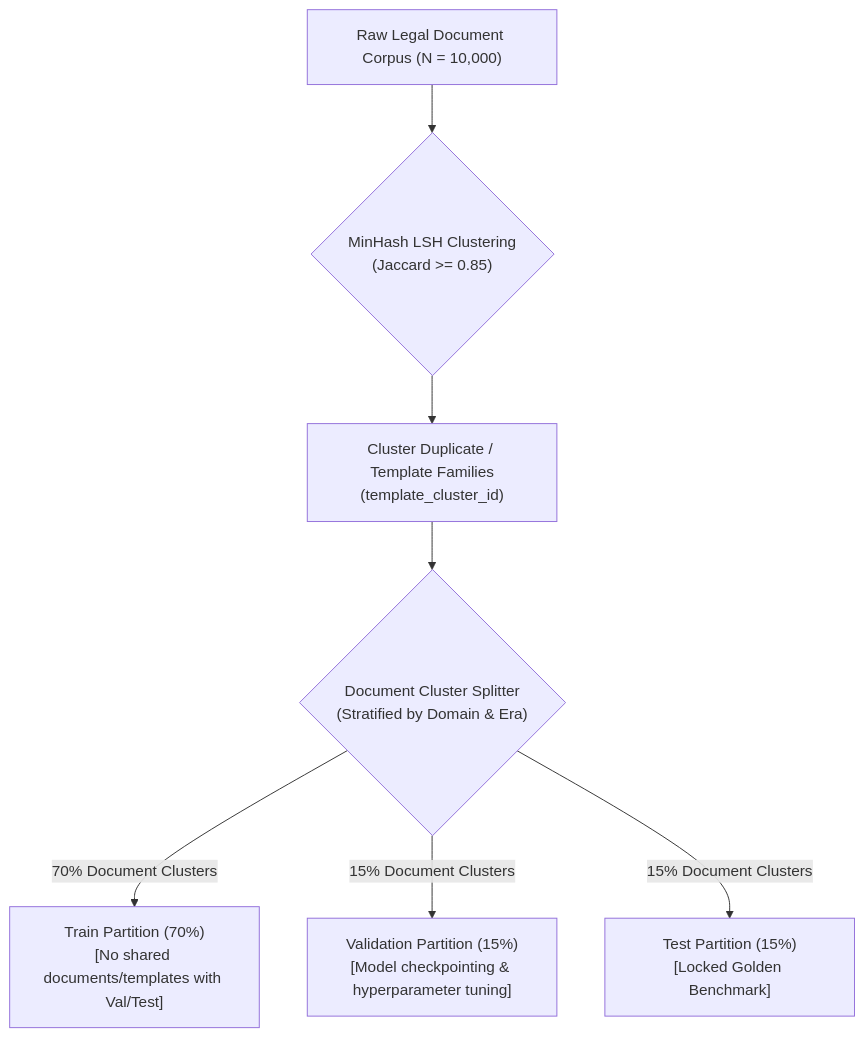
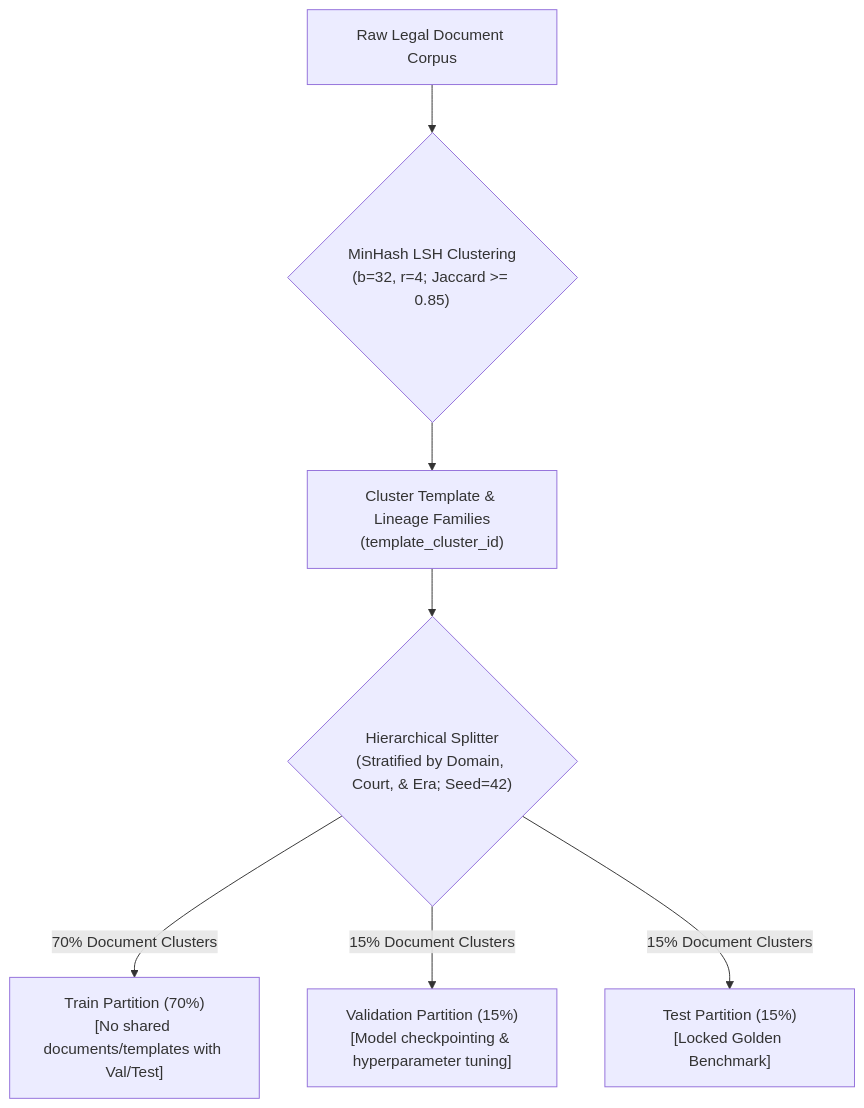
One commit to Yatharthnagpal/review changed the diagram in 10_DATASET_SPLITTING_AND_LEAKAGE.md. Above: the diagram before and after it, drawn with Mermaid. The commit also changed other lines of this file and 19 other files, not shown here.

````diff
--- a/10_DATASET_SPLITTING_AND_LEAKAGE.md
+++ b/10_DATASET_SPLITTING_AND_LEAKAGE.md
@@ -23,12 +23,12 @@
 ```mermaid
 flowchart TD
-    RawDocs["Raw Legal Document Corpus (N = 10,000)"] --> NearDup{"MinHash LSH Clustering<br/>(Jaccard >= 0.85)"}
+    RawDocs["Raw Legal Document Corpus"] --> NearDup{"MinHash LSH Clustering<br/>(b=32, r=4; Jaccard >= 0.85)"}
     
-    NearDup --> ClusterGroup["Cluster Duplicate / Template Families<br/>(template_cluster_id)"]
+    NearDup --> ClusterGroup["Cluster Template & Lineage Families<br/>(template_cluster_id)"]
     
-    ClusterGroup --> Splitter{"Document Cluster Splitter<br/>(Stratified by Domain & Era)"}
+    ClusterGroup --> Splitter{"Hierarchical Splitter<br/>(Stratified by Domain, Court, & Era; Seed=42)"}
     
     Splitter -->|"70% Document Clusters"| TrainSplit["Train Partition (70%)<br/>[No shared documents/templates with Val/Test]"]
     Splitter -->|"15% Document Clusters"| ValSplit["Validation Partition (15%)<br/>[Model checkpointing & hyperparameter tuning]"]
     Splitter -->|"15% Document Clusters"| TestSplit["Test Partition (15%)<br/>[Locked Golden Benchmark]"]
 ```
````
